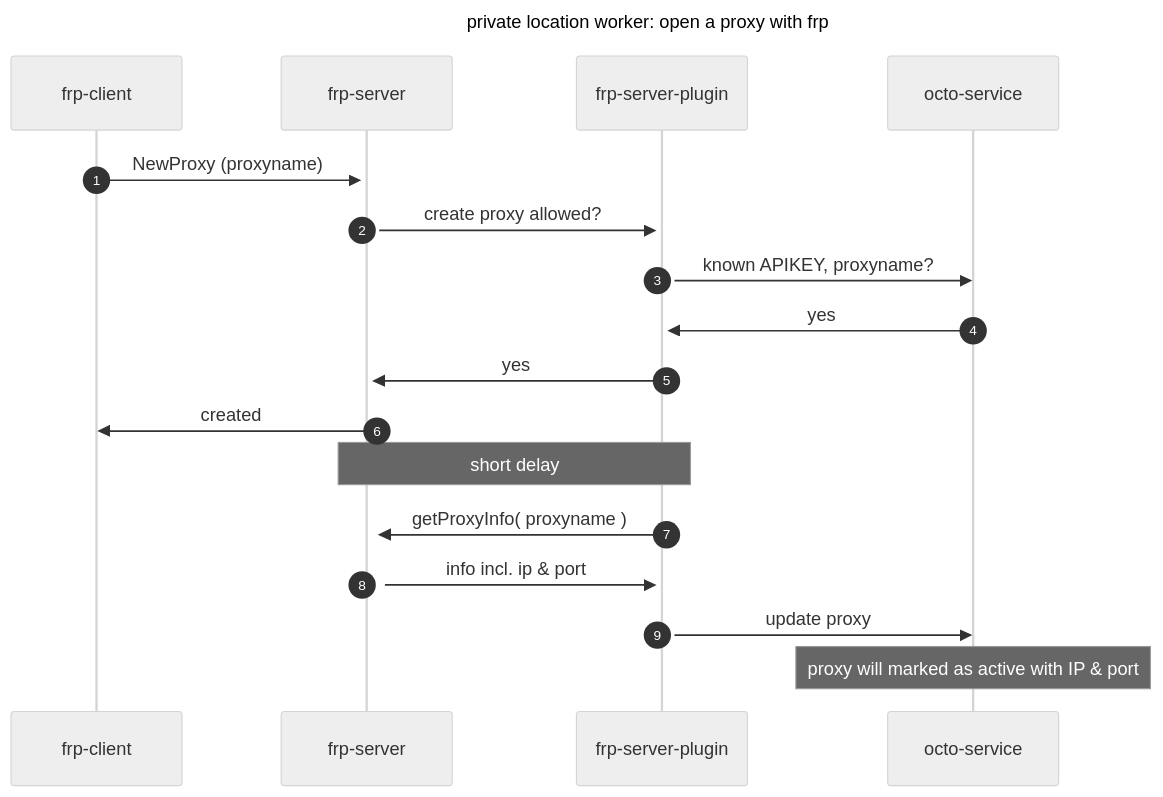
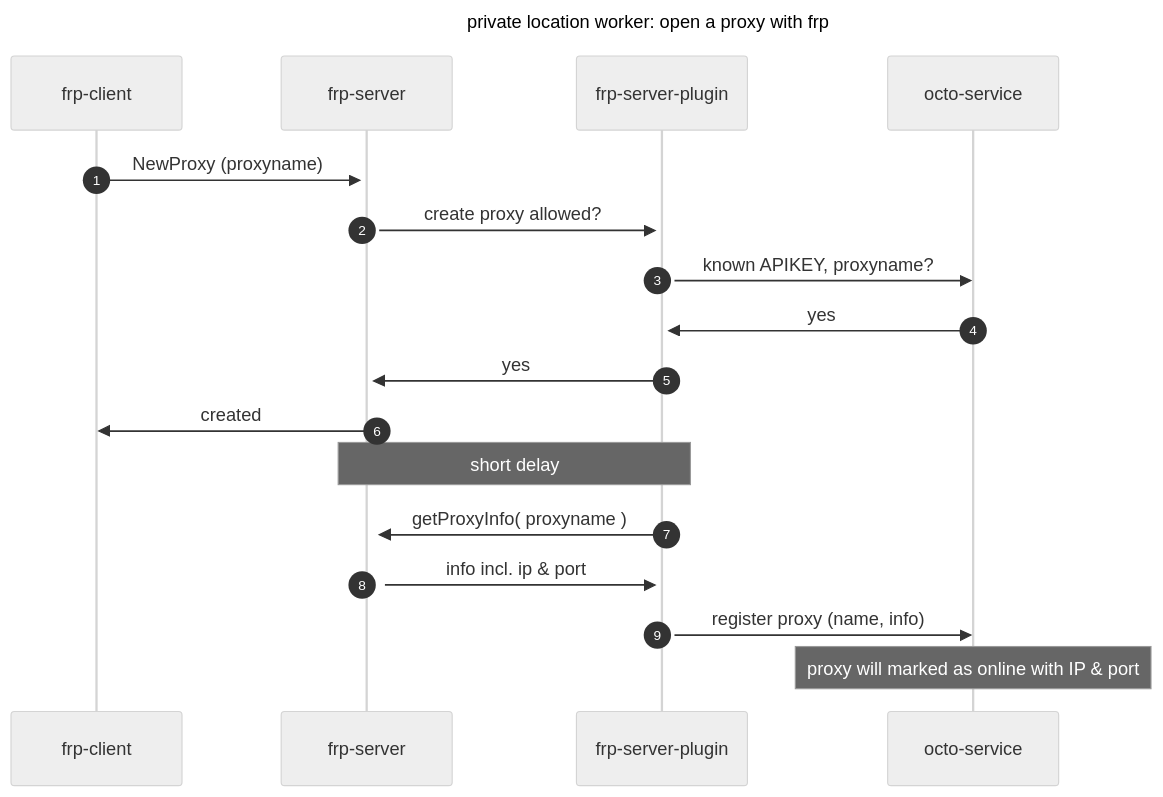
The first of 2 diagrams in README.md (OctoMind-dev/private-location-worker), drawn with Mermaid (neutral theme) before and after one commit. The commit also changed other lines of this file, not shown here.

Commit message:
- updated flows

````diff
--- a/README.md
+++ b/README.md
@@ -11,16 +11,16 @@
 ```mermaid
 sequenceDiagram
     autonumber
     title: private location worker: open a proxy with frp
     frp-client->>+frp-server: NewProxy (proxyname)
     frp-server->>+frp-server-plugin: create proxy allowed?
     frp-server-plugin->>octo-service: known APIKEY, proxyname?
     octo-service->>frp-server-plugin: yes
     frp-server-plugin->>+frp-server: yes
     frp-server->>frp-client: created
     Note over frp-server-plugin,frp-server: short delay
     frp-server-plugin->>frp-server: getProxyInfo( proxyname )
     frp-server->>frp-server-plugin: info incl. ip & port
-    frp-server-plugin->>octo-service: update proxy
-    Note over octo-service: proxy will marked as active with IP & port
+    frp-server-plugin->>octo-service: register proxy (name, info)
+    Note over octo-service: proxy will marked as online with IP & port
 ```
````
